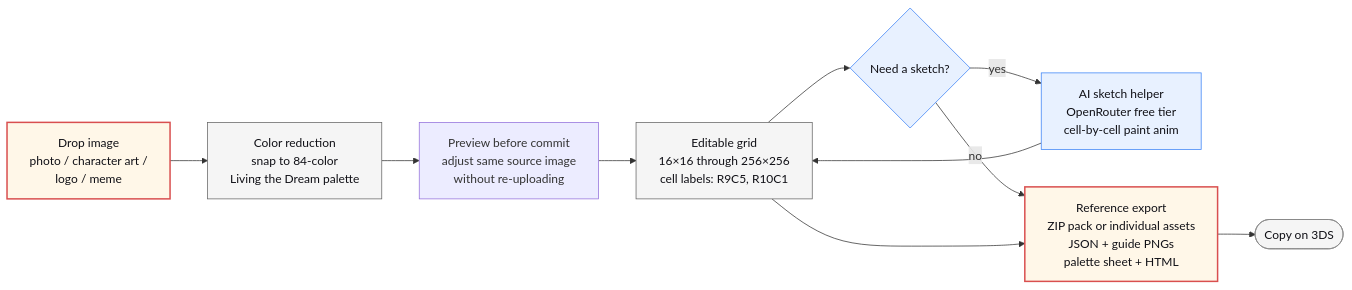
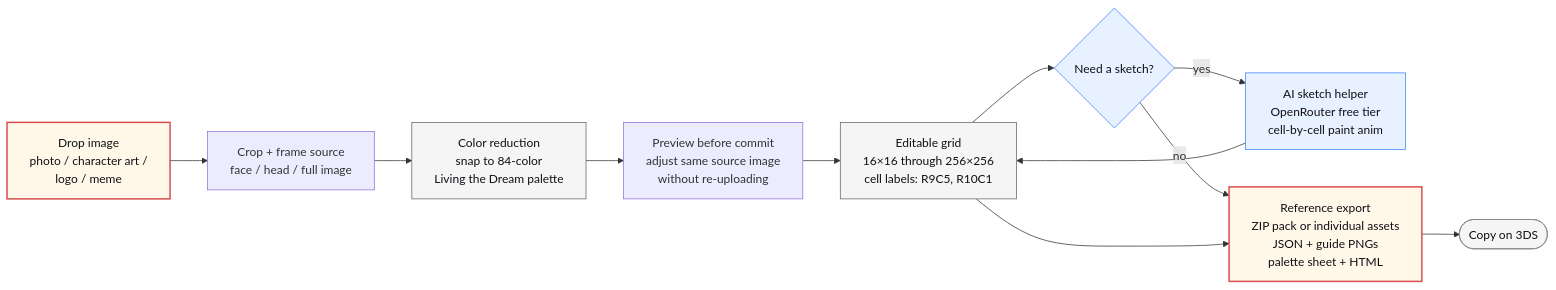
Before and after one commit to RazonIn4K/Mii-pixelart: the second of 2 diagrams in living-the-grid-studio/README.md, drawn with Mermaid. The commit also changed 7 other files, not shown here.

Commit message:
Add crop framing to image import

````diff
--- a/living-the-grid-studio/README.md
+++ b/living-the-grid-studio/README.md
@@ -87,21 +87,22 @@
 ```mermaid
 flowchart LR
-    IMG[Drop image<br/>photo / character art /<br/>logo / meme] --> QUANT[Color reduction<br/>snap to 84-color<br/>Living the Dream palette]
+    IMG[Drop image<br/>photo / character art /<br/>logo / meme] --> FRAME[Crop + frame source<br/>face / head / full image]
+    FRAME --> QUANT[Color reduction<br/>snap to 84-color<br/>Living the Dream palette]
     QUANT --> PREVIEW[Preview before commit<br/>adjust same source image<br/>without re-uploading]
     PREVIEW --> GRID[Editable grid<br/>16×16 through 256×256<br/>cell labels: R9C5, R10C1]
     GRID --> AI{Need a sketch?}
     AI -- yes --> SKETCH[AI sketch helper<br/>OpenRouter free tier<br/>cell-by-cell paint anim]
     SKETCH --> GRID
     AI -- no --> EXPORT[Reference export<br/>ZIP pack or individual assets<br/>JSON + guide PNGs<br/>palette sheet + HTML]
     GRID --> EXPORT
     EXPORT --> COPY([Copy on 3DS])
 
     classDef io fill:#fff7e8,stroke:#d94f4f,color:#101016,stroke-width:2px
     classDef step fill:#f5f5f5,stroke:#666,color:#101016
     classDef ai fill:#e8f1ff,stroke:#3b82f6,color:#101016
     classDef terminal fill:#f5f5f5,stroke:#888,color:#101016
     class IMG,EXPORT io
     class QUANT,GRID step
     class AI,SKETCH ai
     class COPY terminal
 ```
````
